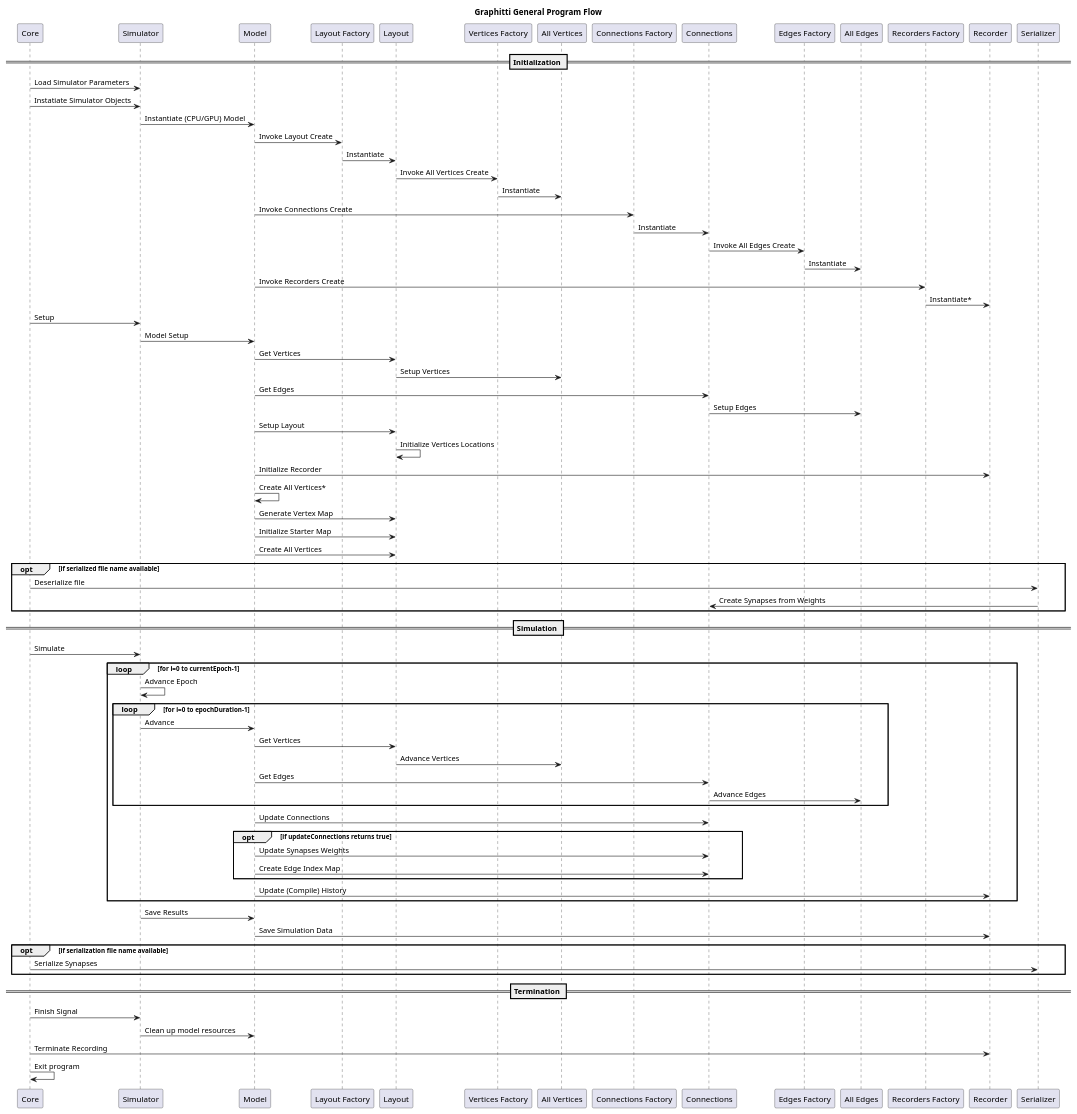
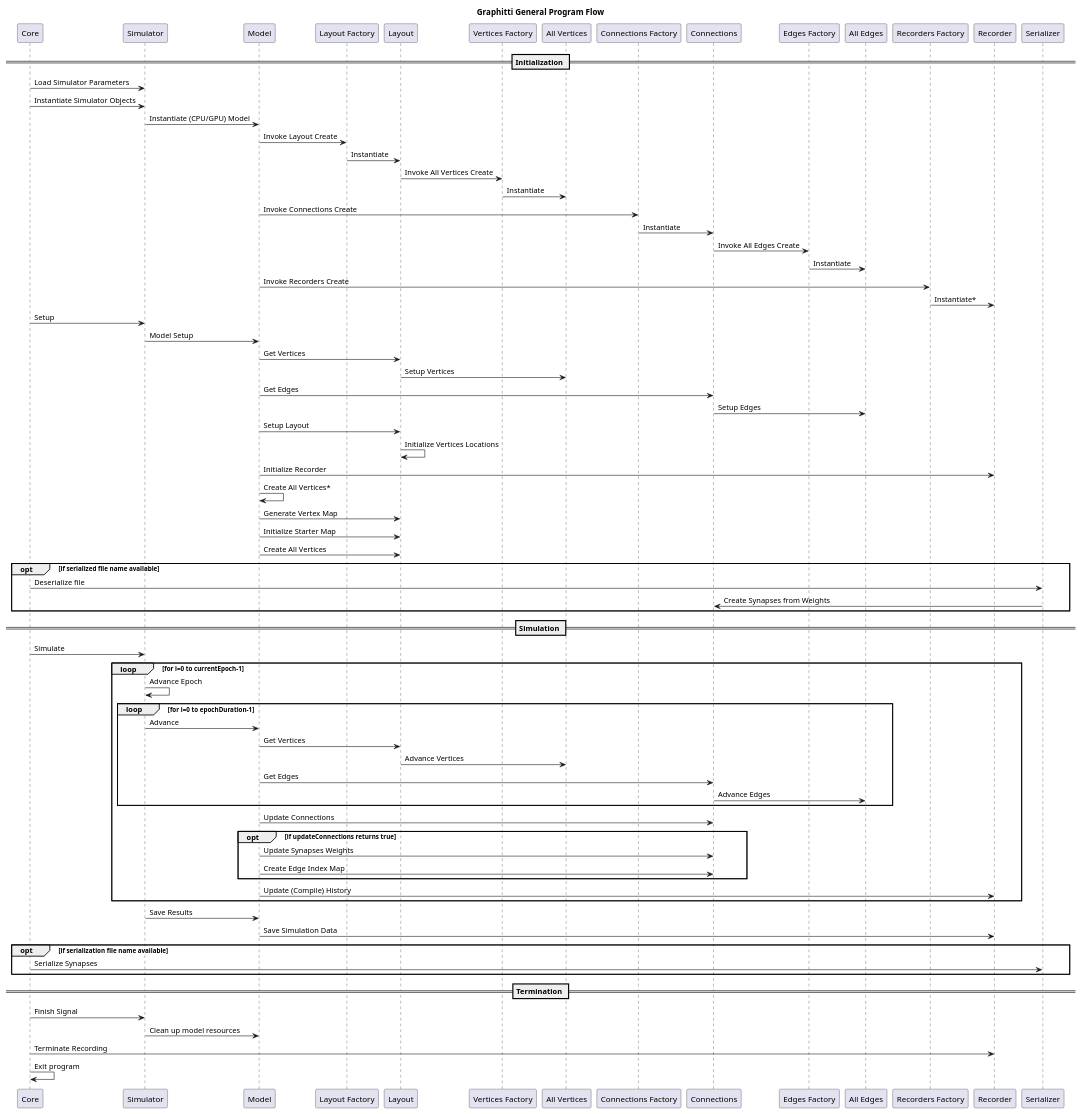
Before and after one commit to UWB-Biocomputing/Graphitti: the diagram in docs/Developer/SequenceDiagrams/graphitti.puml, drawn with PlantUML.

Commit message:
Fix the typo 'Instantiate'

```diff
--- a/docs/Developer/SequenceDiagrams/graphitti.puml
+++ b/docs/Developer/SequenceDiagrams/graphitti.puml
@@ -1,72 +1,72 @@
 @startuml graphitti program flow
 
 title Graphitti General Program Flow
 
 == Initialization ==
 Core -> Simulator: Load Simulator Parameters
-Core -> Simulator: Instatiate Simulator Objects
+Core -> Simulator: Instantiate Simulator Objects
 Simulator -> Model: Instantiate (CPU/GPU) Model
 Model -> "Layout Factory": Invoke Layout Create 
 "Layout Factory" -> Layout: Instantiate
 Layout -> "Vertices Factory": Invoke All Vertices Create 
 "Vertices Factory" -> "All Vertices": Instantiate
 
 Model -> "Connections Factory": Invoke Connections Create 
 "Connections Factory" -> Connections: Instantiate 
 Connections -> "Edges Factory": Invoke All Edges Create 
 "Edges Factory" -> "All Edges": Instantiate
 
 Model -> "Recorders Factory": Invoke Recorders Create
 "Recorders Factory" -> Recorder: Instantiate*
 
 Core -> Simulator: Setup 
 Simulator -> Model: Model Setup
 Model -> Layout: Get Vertices 
 Layout -> "All Vertices": Setup Vertices
 Model -> Connections: Get Edges
 Connections -> "All Edges": Setup Edges
 Model -> Layout: Setup Layout
 Layout -> Layout: Initialize Vertices Locations
 Model -> Recorder: Initialize Recorder 
 Model -> Model: Create All Vertices*
 Model -> Layout: Generate Vertex Map 
 Model -> Layout: Initialize Starter Map 
 Model -> Layout: Create All Vertices
 opt if serialized file name available
     Core -> Serializer: Deserialize file
     Serializer -> Connections: Create Synapses from Weights
 end
 
 == Simulation ==
 
 Core -> Simulator: Simulate
 loop for i=0 to currentEpoch-1
     Simulator -> Simulator: Advance Epoch
     loop for i=0 to epochDuration-1
         Simulator->Model: Advance
         Model -> Layout: Get Vertices 
         Layout -> "All Vertices": Advance Vertices
         Model -> Connections: Get Edges
         Connections -> "All Edges": Advance Edges
     end
     Model -> Connections: Update Connections
     opt if updateConnections returns true
         Model -> Connections: Update Synapses Weights
         Model -> Connections: Create Edge Index Map
     end
     Model->Recorder: Update (Compile) History
 end
 Simulator -> Model: Save Results 
 Model -> Recorder: Save Simulation Data 
 opt if serialization file name available 
     Core -> Serializer: Serialize Synapses
 end
 
 == Termination ==
 
 Core -> Simulator: Finish Signal 
 Simulator -> Model: Clean up model resources
 Core -> Recorder: Terminate Recording
 Core -> Core: Exit program
 
 @enduml
```
